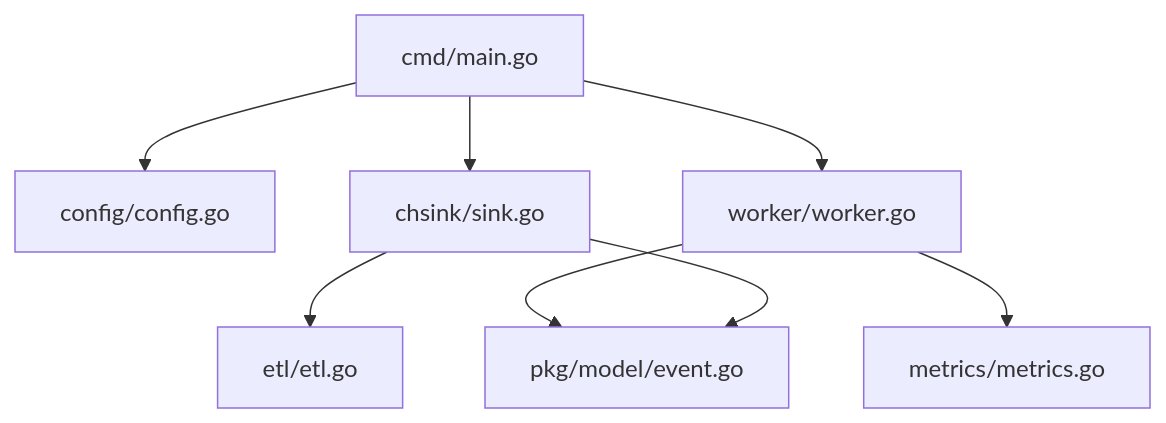
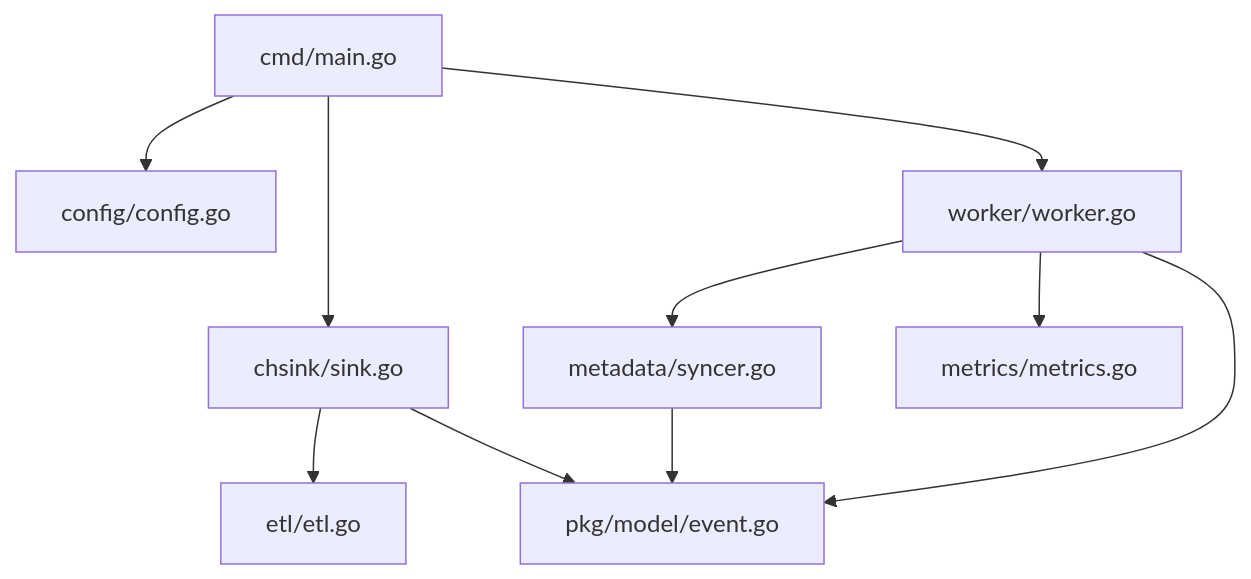
Before and after one commit to zhen-zhong/AeroLog: the eighth of 8 diagrams in .qoder/repowiki/zh/content/后端服务架构/Consumer服务.md, drawn with Mermaid. The commit also changed other lines of this file and 111 other files, not shown here.

````diff
--- a/.qoder/repowiki/zh/content/后端服务架构/Consumer服务.md
+++ b/.qoder/repowiki/zh/content/后端服务架构/Consumer服务.md
@@ -263,10 +343,12 @@
 ```mermaid
 graph TB
 CMD["cmd/main.go"] --> CFG["config/config.go"]
 CMD --> SINK["chsink/sink.go"]
 CMD --> WRK["worker/worker.go"]
+WRK --> META["metadata/syncer.go"]
 WRK --> METRICS["metrics/metrics.go"]
 WRK --> MODEL["pkg/model/event.go"]
 SINK --> ETL["etl/etl.go"]
 SINK --> MODEL
+META --> MODEL
 ```
````
